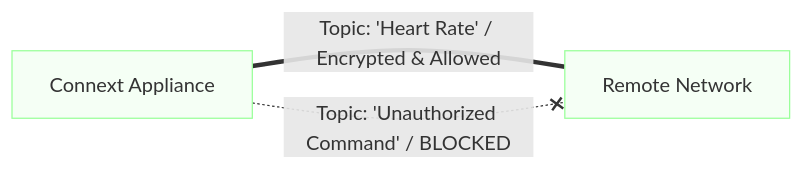
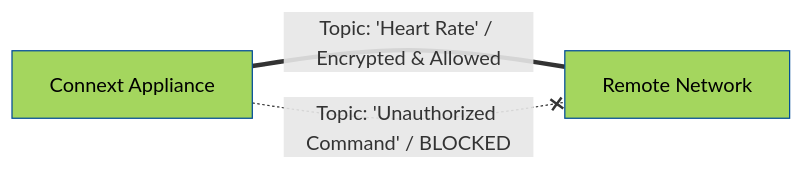
The second of 6 diagrams in examples/4. Security/README.md (ajmhs/connext_appliance), drawn with Mermaid before and after one commit. The commit also changed other lines of this file and 8 other files, not shown here.

````diff
--- a/examples/4. Security/README.md
+++ b/examples/4. Security/README.md
@@ -19,8 +49,8 @@
 ```mermaid
 graph LR
     App_A["Connext Appliance"] ===|"Topic: 'Heart Rate' / Encrypted & Allowed"| App_B["Remote Network"]
     App_A -.-x|"Topic: 'Unauthorized Command' / BLOCKED"| App_B
 
-    style App_A fill:#f5fff5,stroke:#99ff99,stroke-width:1px
-    style App_B fill:#f5fff5,stroke:#99ff99,stroke-width:1px
+    style App_A fill:#A4D65E,stroke:#004C97,stroke-width:1px,color:#000
+    style App_B fill:#A4D65E,stroke:#004C97,stroke-width:1px,color:#000
 ```
````
